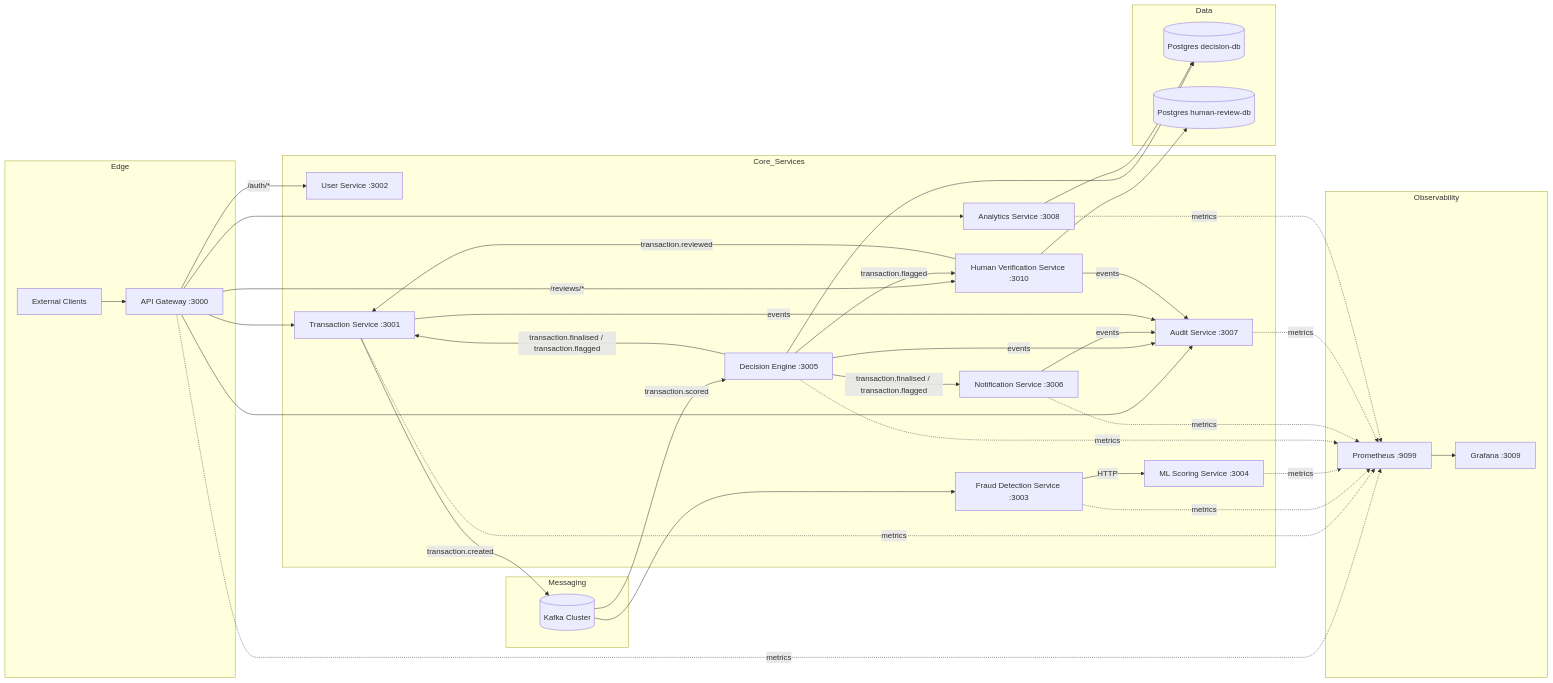
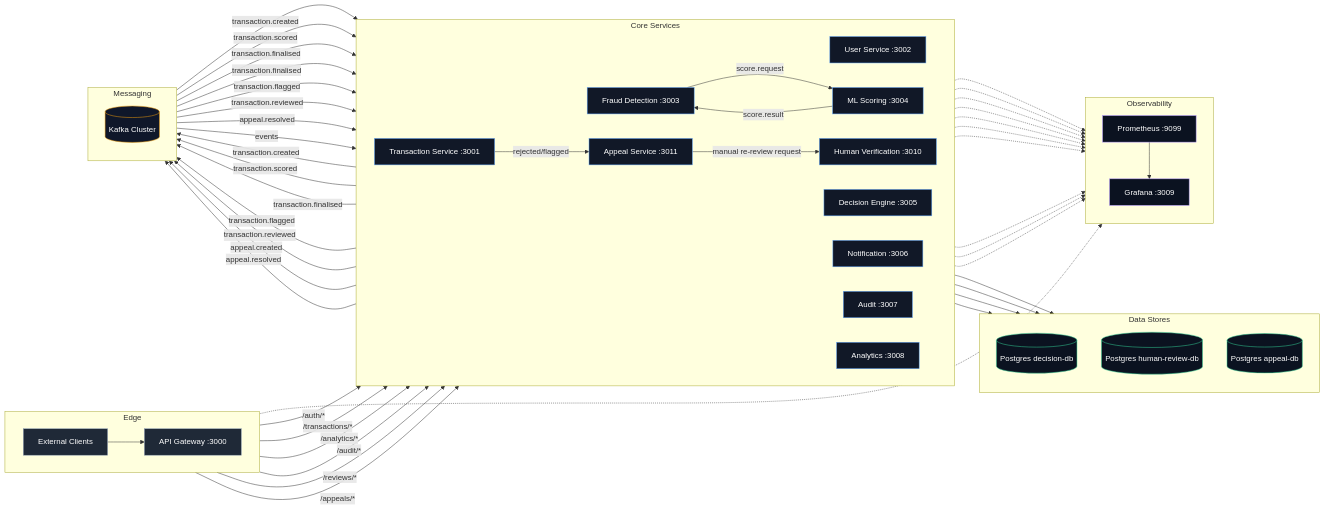
One commit to Naren3333/fraud-detection-system changed the diagram in README.md. Above: the diagram before and after it, drawn with Mermaid.

Commit message:
mermaid diagram update

````diff
--- a/README.md
+++ b/README.md
@@ -15,99 +15,130 @@
 ```mermaid
 flowchart LR
 
-%% =====================================================
+%% =========================
+%% STYLES
+%% =========================
+classDef edge fill:#1f2937,stroke:#94a3b8,color:#fff,stroke-width:1px;
+classDef svc fill:#111827,stroke:#60a5fa,color:#fff,stroke-width:1px;
+classDef bus fill:#0f172a,stroke:#f59e0b,color:#fff,stroke-width:1px;
+classDef db fill:#0b1220,stroke:#34d399,color:#fff,stroke-width:1px;
+classDef obs fill:#0b1220,stroke:#a78bfa,color:#fff,stroke-width:1px;
+
+%% =========================
 %% LAYER 1 – EDGE
-%% =====================================================
-subgraph Edge
-    Client[External Clients]
-    Gateway[API Gateway :3000]
-    Client --> Gateway
+%% =========================
+subgraph L1[Edge]
+direction LR
+Client[External Clients]:::edge
+Gateway[API Gateway :3000]:::edge
+Client --> Gateway
 end
 
-%% =====================================================
+%% =========================
 %% LAYER 2 – CORE SERVICES
-%% =====================================================
-subgraph Core_Services
-
-    User[User Service :3002]
-    Transaction[Transaction Service :3001]
-    Fraud[Fraud Detection Service :3003]
-    ML[ML Scoring Service :3004]
-    Decision[Decision Engine :3005]
-    HumanVerify[Human Verification Service :3010]
-    Notification[Notification Service :3006]
-    Audit[Audit Service :3007]
-    Analytics[Analytics Service :3008]
-
+%% =========================
+subgraph L2[Core Services]
+direction LR
+User[User Service :3002]:::svc
+Transaction[Transaction Service :3001]:::svc
+Fraud[Fraud Detection :3003]:::svc
+ML[ML Scoring :3004]:::svc
+Decision[Decision Engine :3005]:::svc
+HumanVerify[Human Verification :3010]:::svc
+Appeal[Appeal Service :3011]:::svc
+Notification[Notification :3006]:::svc
+Audit[Audit :3007]:::svc
+Analytics[Analytics :3008]:::svc
 end
 
-%% =====================================================
+%% =========================
 %% LAYER 3 – MESSAGING
-%% =====================================================
-subgraph Messaging
-    Kafka[(Kafka Cluster)]
+%% =========================
+subgraph L3[Messaging]
+direction TB
+Kafka[(Kafka Cluster)]:::bus
 end
 
-%% =====================================================
+%% =========================
 %% DATA
-%% =====================================================
-subgraph Data
-    DecisionDB[(Postgres decision-db)]
-    HumanReviewDB[(Postgres human-review-db)]
+%% =========================
+subgraph L4[Data Stores]
+direction TB
+DecisionDB[(Postgres decision-db)]:::db
+HumanReviewDB[(Postgres human-review-db)]:::db
+AppealDB[(Postgres appeal-db)]:::db
 end
 
-%% =====================================================
-%% MONITORING
-%% =====================================================
-subgraph Observability
-    Prometheus[Prometheus :9099]
-    Grafana[Grafana :3009]
-    Prometheus --> Grafana
+%% =========================
+%% OBSERVABILITY
+%% =========================
+subgraph L5[Observability]
+direction TB
+Prometheus[Prometheus :9099]:::obs
+Grafana[Grafana :3009]:::obs
+Prometheus --> Grafana
 end
 
-%% =====================================================
-%% MAIN FLOWS
-%% =====================================================
+%% =========================
+%% HTTP ROUTES (clean + top-level)
+%% =========================
+Gateway -- "/auth/*" --> User
+Gateway -- "/transactions/*" --> Transaction
+Gateway -- "/analytics/*" --> Analytics
+Gateway -- "/audit/*" --> Audit
+Gateway -- "/reviews/*" --> HumanVerify
+Gateway -- "/appeals/*" --> Appeal
 
-Gateway -- "/auth/*" --> User
-Gateway --> Transaction
-Gateway --> Analytics
-Gateway --> Audit
-Gateway -- "/reviews/*" --> HumanVerify
-
+%% =========================
+%% EVENT FLOWS (grouped)
+%% =========================
 Transaction -- "transaction.created" --> Kafka
-Kafka --> Fraud
-Fraud -- HTTP --> ML
+Kafka -- "transaction.created" --> Fraud
+Fraud -- "score.request" --> ML
+ML -- "score.result" --> Fraud
+Fraud -- "transaction.scored" --> Kafka
 Kafka -- "transaction.scored" --> Decision
 
-Decision -- "transaction.finalised / transaction.flagged" --> Notification
-Decision -- "transaction.finalised / transaction.flagged" --> Transaction
-Decision -- "transaction.flagged" --> HumanVerify
-HumanVerify -- "transaction.reviewed" --> Transaction
+Decision -- "transaction.finalised" --> Kafka
+Decision -- "transaction.flagged" --> Kafka
+Kafka -- "transaction.finalised" --> Transaction
+Kafka -- "transaction.finalised" --> Notification
+Kafka -- "transaction.flagged" --> HumanVerify
 
+HumanVerify -- "transaction.reviewed" --> Kafka
+Kafka -- "transaction.reviewed" --> Transaction
+
+Transaction -- "rejected/flagged" --> Appeal
+Appeal -- "appeal.created" --> Kafka
+Appeal -- "appeal.resolved" --> Kafka
+Kafka -- "appeal.resolved" --> Transaction
+Appeal -- "manual re-review request" --> HumanVerify
+
+%% =========================
+%% DB LINKS
+%% =========================
 Decision --> DecisionDB
 HumanVerify --> HumanReviewDB
+Appeal --> AppealDB
 Analytics --> DecisionDB
 
-%% =====================================================
-%% AUDIT STREAMS
-%% =====================================================
+%% =========================
+%% AUDIT EVENTS (reduce clutter: everything -> Audit via events)
+%% =========================
+Kafka -- "events" --> Audit
 
-Decision -- events --> Audit
-Notification -- events --> Audit
-Transaction -- events --> Audit
-HumanVerify -- events --> Audit
-
-%% =====================================================
-%% METRICS
-%% =====================================================
-
-Gateway -. metrics .-> Prometheus
-Transaction -. metrics .-> Prometheus
-Fraud -. metrics .-> Prometheus
-ML -. metrics .-> Prometheus
-Decision -. metrics .-> Prometheus
-Notification -. metrics .-> Prometheus
-Audit -. metrics .-> Prometheus
-Analytics -. metrics .-> Prometheus
+%% =========================
+%% METRICS (compact: group via one label)
+%% =========================
+Gateway -.-> Prometheus
+User -.-> Prometheus
+Transaction -.-> Prometheus
+Fraud -.-> Prometheus
+ML -.-> Prometheus
+Decision -.-> Prometheus
+HumanVerify -.-> Prometheus
+Appeal -.-> Prometheus
+Notification -.-> Prometheus
+Audit -.-> Prometheus
+Analytics -.-> Prometheus
 ```
````
